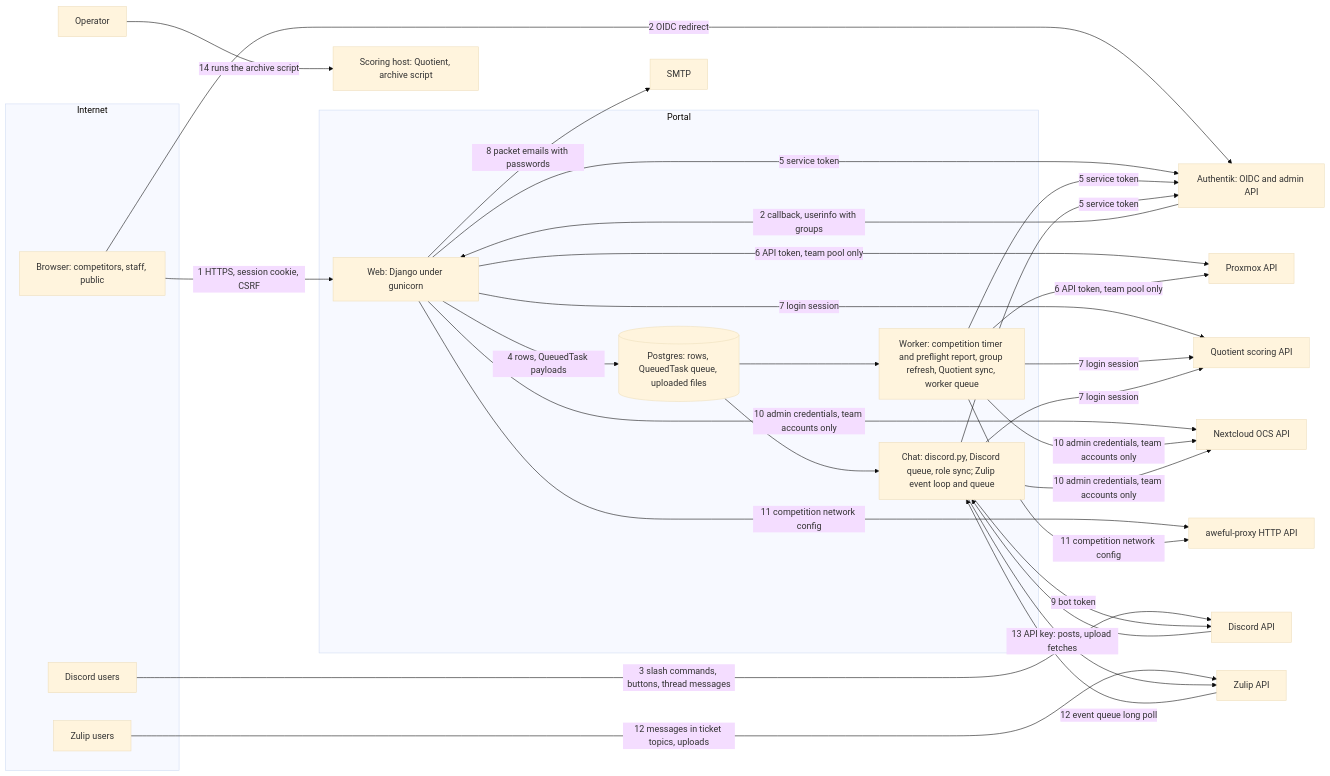
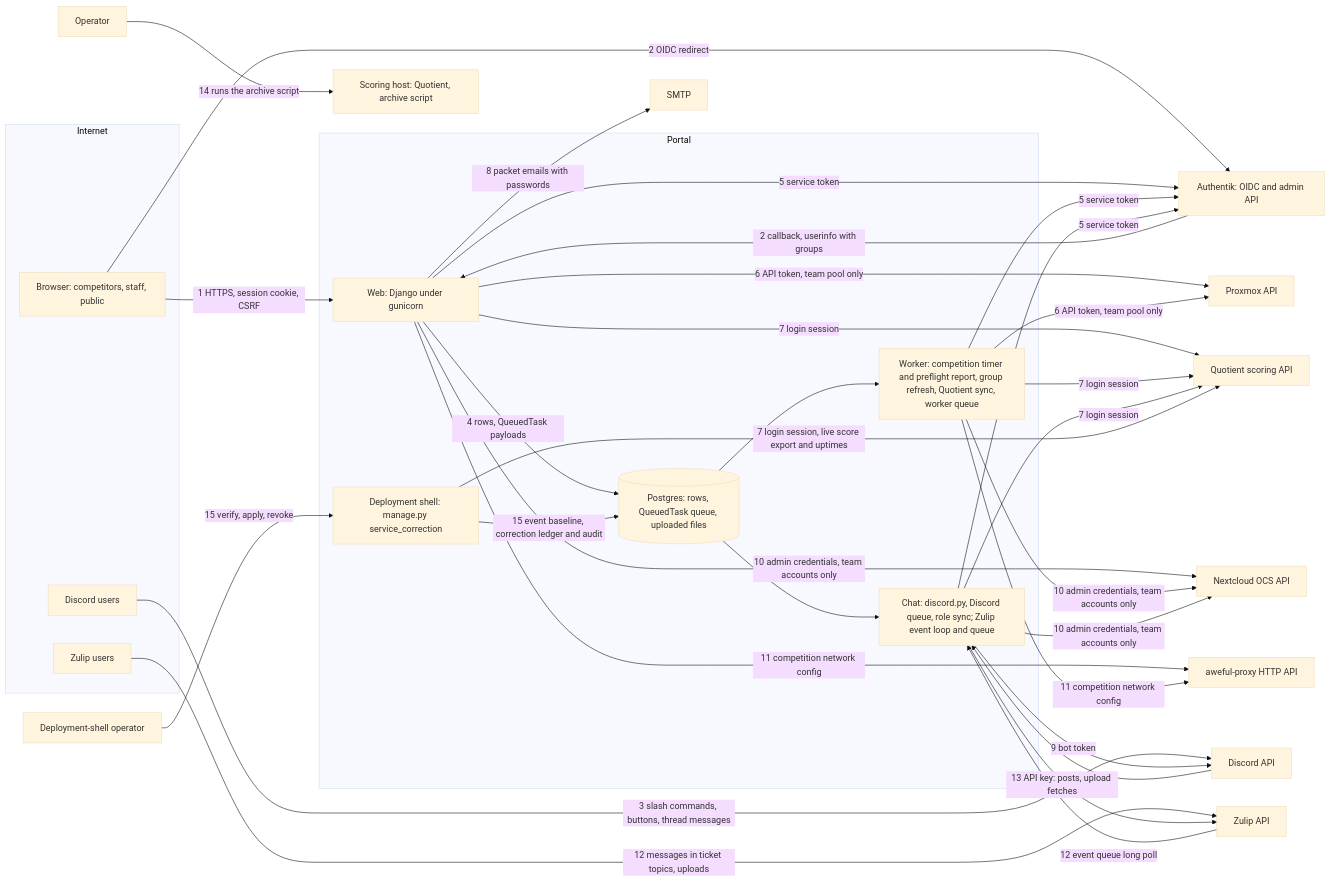
The diagram in THREAT_MODEL.md (wccomps/wccomps-portal), drawn with Mermaid (base theme) before and after one commit. The commit also changed other lines of this file and 15 other files, not shown here.

````diff
--- a/THREAT_MODEL.md
+++ b/THREAT_MODEL.md
@@ -70,40 +70,44 @@
 ```mermaid
 flowchart LR
     subgraph Internet
         B[Browser: competitors, staff, public]
         D[Discord users]
         U[Zulip users]
     end
     subgraph Portal
         W[Web: Django under gunicorn]
         Q[(Postgres: rows, QueuedTask queue, uploaded files)]
         K[Worker: competition timer and preflight report, group refresh, Quotient sync, worker queue]
         C[Chat: discord.py, Discord queue, role sync; Zulip event loop and queue]
+        F[Deployment shell: manage.py service_correction]
     end
     A[Authentik: OIDC and admin API]
     P[Proxmox API]
     S[Quotient scoring API]
     N[Nextcloud OCS API]
     X[aweful-proxy HTTP API]
     M[SMTP]
     G[Discord API]
     Z[Zulip API]
     H[Scoring host: Quotient, archive script]
     B -- "1 HTTPS, session cookie, CSRF" --> W
     B -- "2 OIDC redirect" --> A
     A -- "2 callback, userinfo with groups" --> W
     D -- "3 slash commands, buttons, thread messages" --> G --> C
     W -- "4 rows, QueuedTask payloads" --> Q
     Q --> K & C
     W & K & C -- "5 service token" --> A
     W & K -- "6 API token, team pool only" --> P
     W & K & C -- "7 login session" --> S
     W -- "8 packet emails with passwords" --> M
     C -- "9 bot token" --> G
     W & K & C -- "10 admin credentials, team accounts only" --> N
     W & K -- "11 competition network config" --> X
     U -- "12 messages in ticket topics, uploads" --> Z
     Z -- "12 event queue long poll" --> C
     C -- "13 API key: posts, upload fetches" --> Z
     O[Operator] -- "14 runs the archive script" --> H
+    T[Deployment-shell operator] -- "15 verify, apply, revoke" --> F
+    F -- "15 event baseline, correction ledger and audit" --> Q
+    F -- "7 login session, live score export and uptimes" --> S
 ```
````
